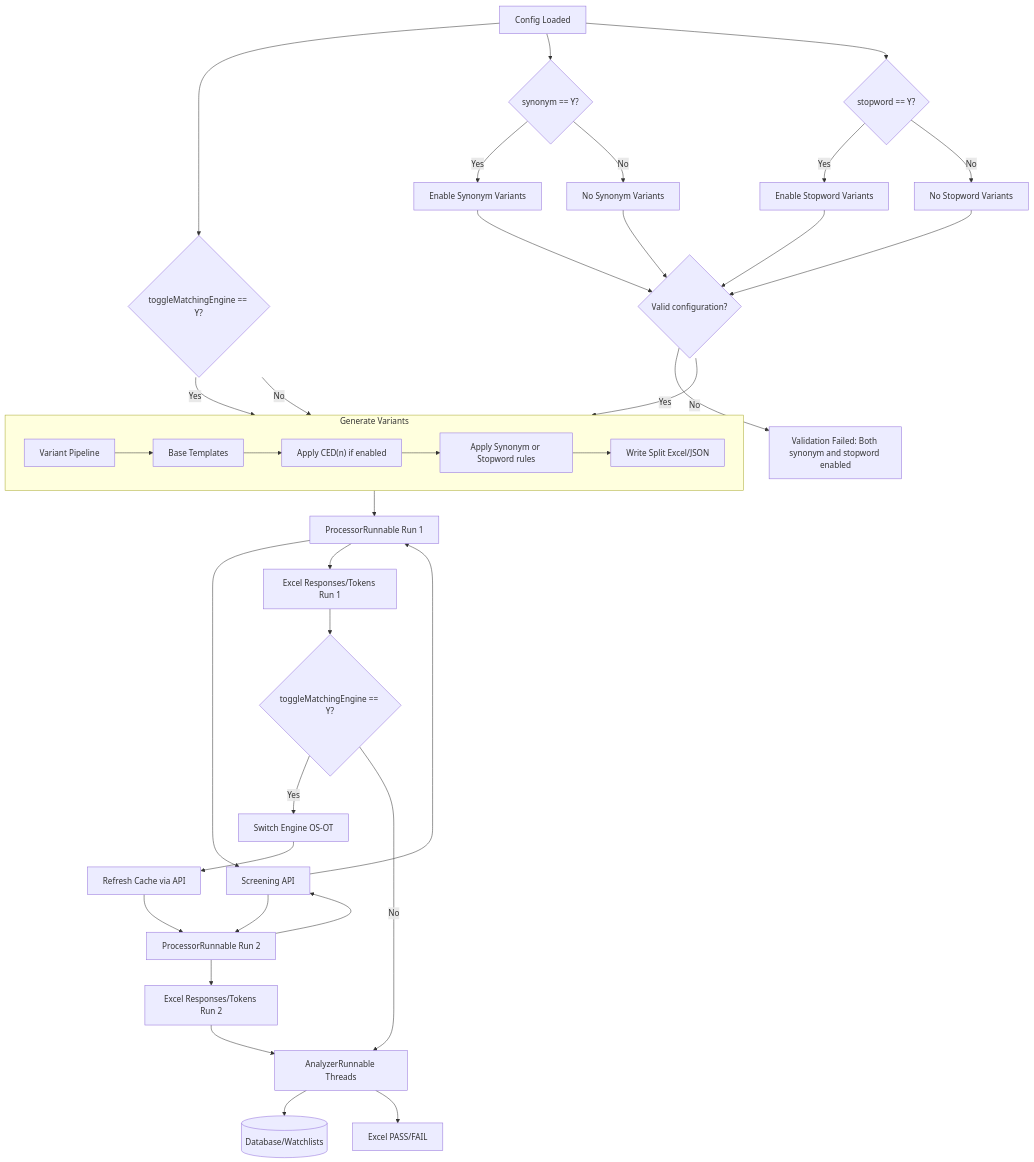
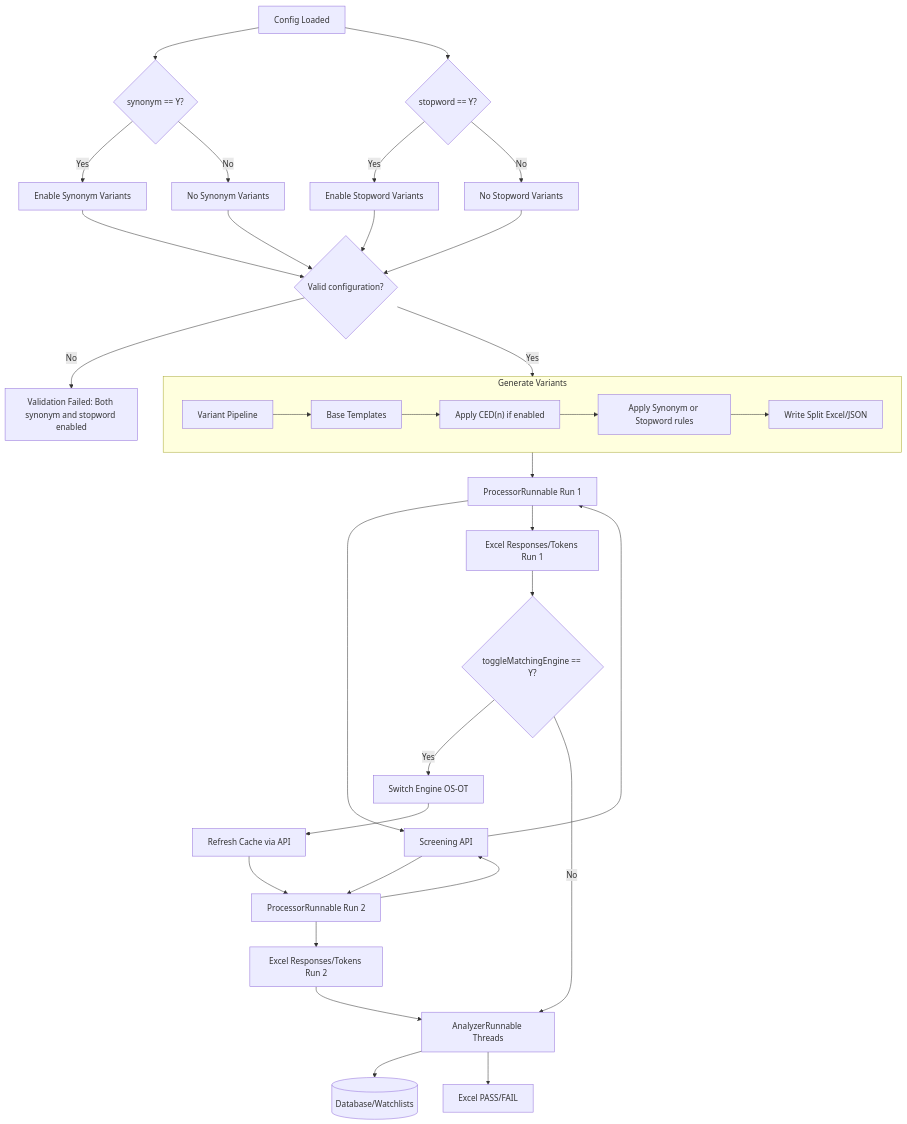
Before and after one commit to surya228/intelligent-raw-message-processor: the second of 2 diagrams in README.md, drawn with Mermaid.

Commit message:
documentation update: graph update : 7

````diff
--- a/README.md
+++ b/README.md
@@ -50,55 +50,51 @@
 ```mermaid
 flowchart TD
-  A[Config Loaded] --> B{toggleMatchingEngine == Y?}
-  A --> C{synonym == Y?}
+  A[Config Loaded] --> C{synonym == Y?}
   A --> D{stopword == Y?}
 
   %% Mutually exclusive (doc note)
   C -->|Yes| C1[Enable Synonym Variants]
   C -->|No| C0[No Synonym Variants]
   D -->|Yes| D1[Enable Stopword Variants]
   D -->|No| D0[No Stopword Variants]
 
   C1 --> M{Valid configuration?}
   D1 --> M
   C0 --> M
   D0 --> M
   M -->|Yes| E[Variant Pipeline]
   M -->|No| VF[Validation Failed: Both synonym and stopword enabled]
 
   %% Validation handled by "Valid configuration?" decision above
 
-  %% Toggling occurs after first processor run (not before generation)
-  B -->|Yes| E
-  B -->|No| E
 
   %% Variant Pipeline details
   subgraph E2 [Generate Variants]
     direction LR
     E --> V0[Base Templates]
     V0 --> V1["Apply CED(n) if enabled"]
     V1 --> V2["Apply Synonym or Stopword rules"]
     V2 --> V3[Write Split Excel/JSON]
   end
 
   %% Processing and Analysis
   V3 --> P1[ProcessorRunnable Run 1]
   P1 --> API[Screening API]
   API --> P1
   P1 --> R1[Excel Responses/Tokens Run 1]
 
   %% Decide to toggle and rerun
   R1 --> DT{toggleMatchingEngine == Y?}
   DT -->|Yes| T1[Switch Engine OS-OT]
   T1 --> T2[Refresh Cache via API]
   T2 --> P2[ProcessorRunnable Run 2]
   P2 --> API
   API --> P2
   P2 --> R2[Excel Responses/Tokens Run 2]
   R2 --> A1[AnalyzerRunnable Threads]
 
   DT -->|No| A1
 
   A1 --> DB[(Database/Watchlists)]
   A1 --> OUT[Excel PASS/FAIL]
 ```
````
